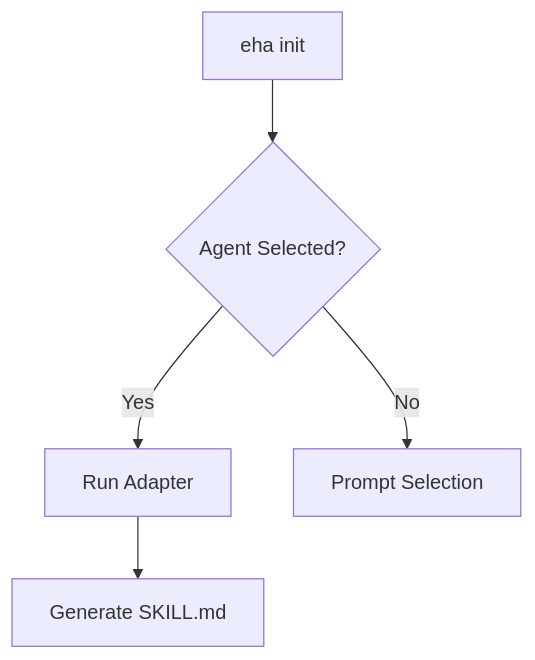
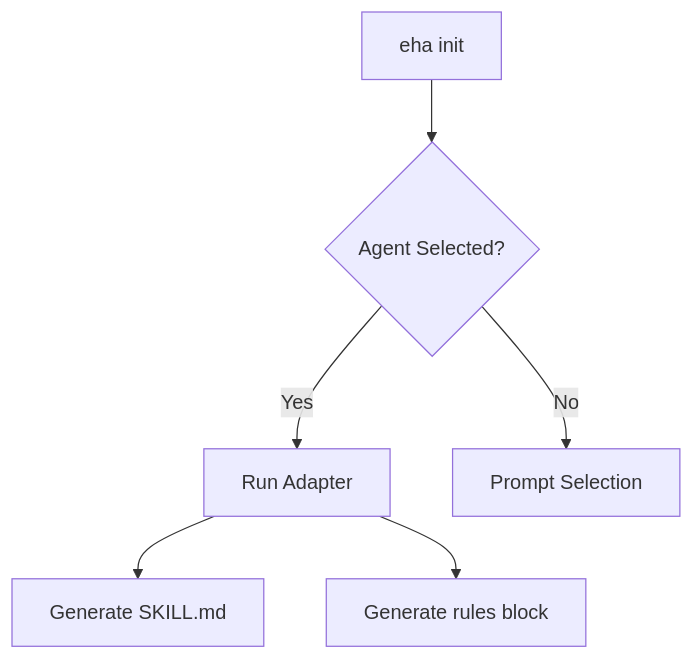
The second of 2 diagrams in docs/project-docs/foundation/prd.md (SallMarta/eye-hate-agent), drawn with Mermaid before and after one commit. The commit also changed other lines of this file and 7 other files, not shown here.

````diff
--- a/docs/project-docs/foundation/prd.md
+++ b/docs/project-docs/foundation/prd.md
@@ -55,7 +65,8 @@
 ```mermaid
 flowchart TD
     A[eha init] --> B{Agent Selected?}
     B -- Yes --> C[Run Adapter]
     B -- No --> D[Prompt Selection]
     C --> E[Generate SKILL.md]
+    C --> F[Generate rules block]
 ```
````
